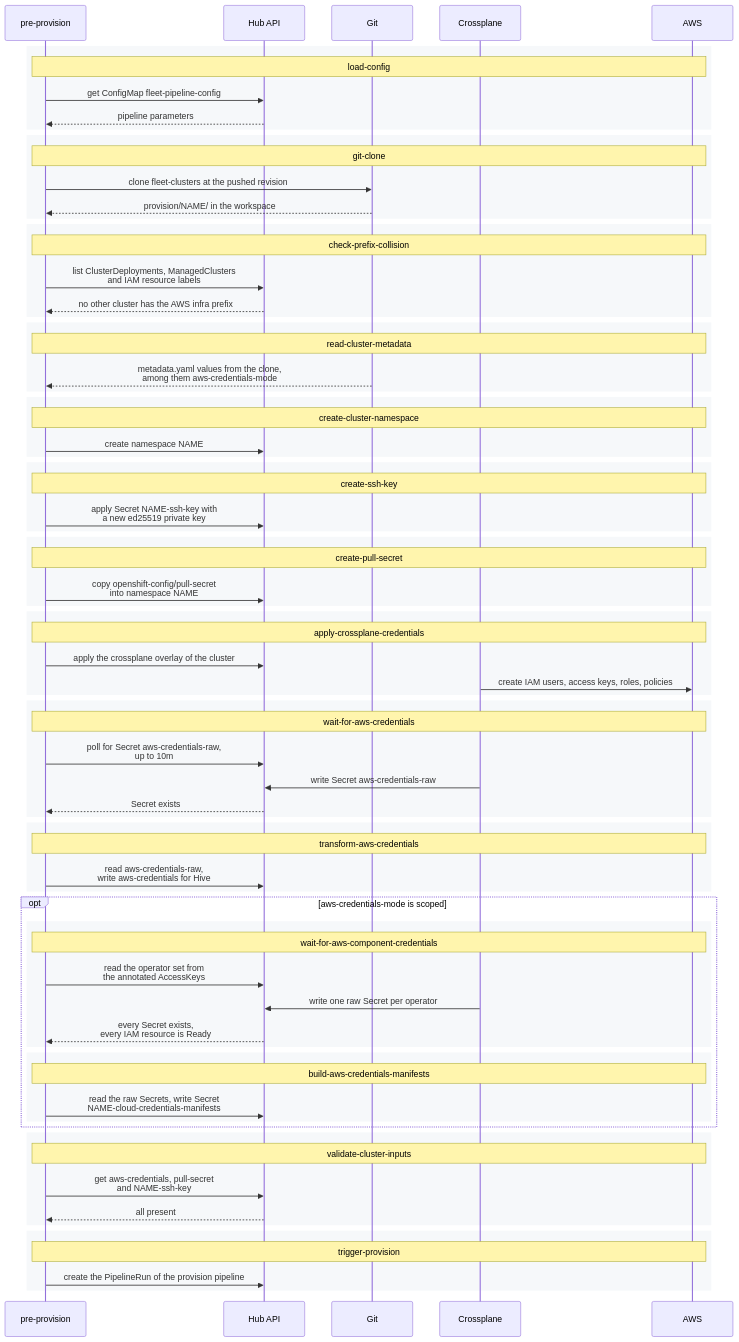
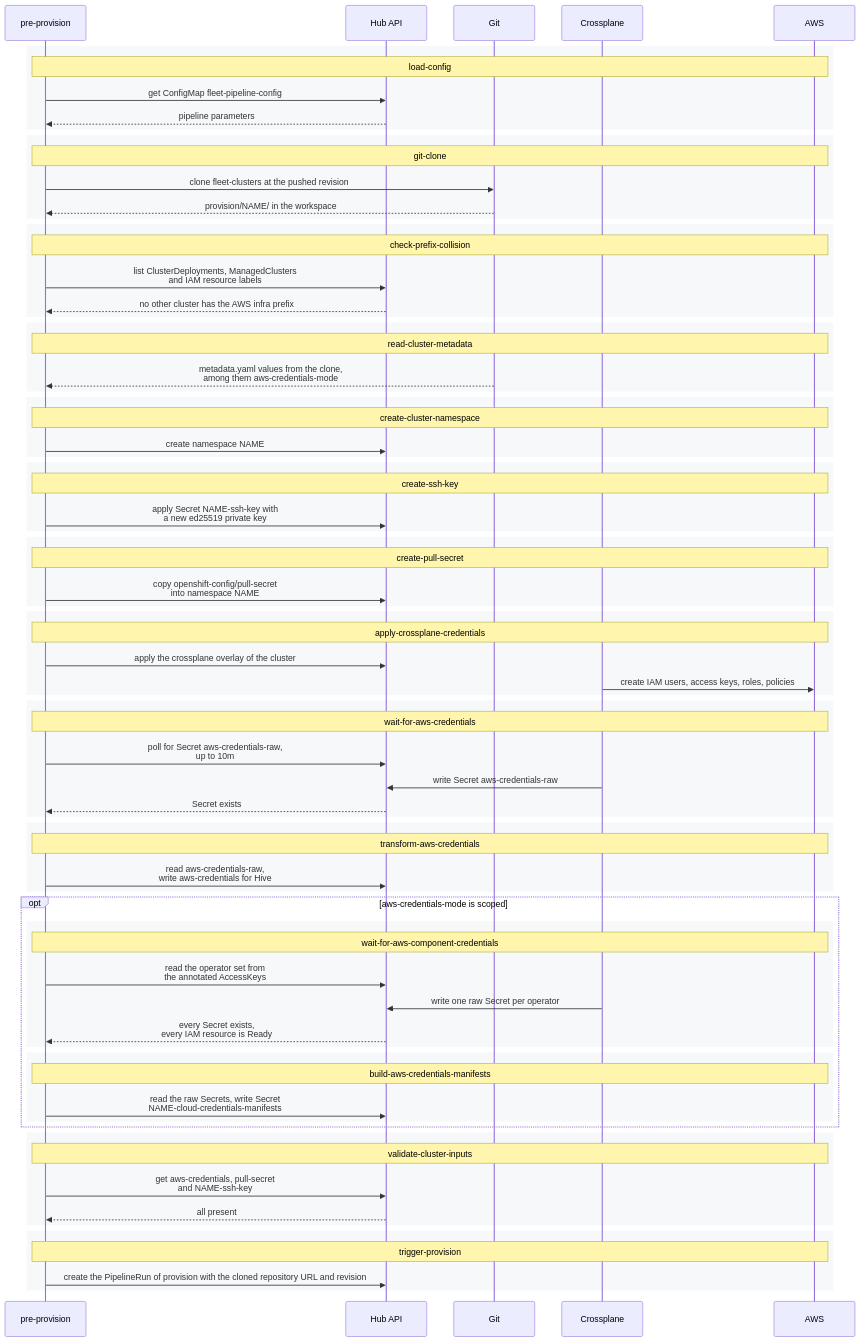
The diagram in docs/diagrams/pre-provision-sequence.mermaid (redhat-openshift-partner-labs/fleet), drawn with Mermaid before and after one commit. The commit also changed 17 other files, not shown here.

First line of the commit message:
fix(provision): clone the commit that pre-provision cloned

```diff
--- a/docs/diagrams/pre-provision-sequence.mermaid
+++ b/docs/diagrams/pre-provision-sequence.mermaid
@@ -1,91 +1,91 @@
 %% Trigger: a push to main of fleet-clusters that adds provision/NAME/, unless the commit message contains [skip-provision]
 %% Order: tasks are shown in an order the pipeline allows; the task flowchart shows which tasks run in parallel
 %% Credential mode: the two scoped tasks are skipped unless metadata.yaml sets aws-credentials-mode: scoped
 %% Failure: a failed task stops the run; trigger-provision does not run
 sequenceDiagram
     participant Pipe as pre-provision
     participant Hub as Hub API
     participant Git
     participant XP as Crossplane
     participant AWS
 
     rect rgb(246, 248, 250)
         Note over Pipe,AWS: load-config
         Pipe->>Hub: get ConfigMap fleet-pipeline-config
         Hub-->>Pipe: pipeline parameters
     end
 
     rect rgb(246, 248, 250)
         Note over Pipe,AWS: git-clone
         Pipe->>Git: clone fleet-clusters at the pushed revision
         Git-->>Pipe: provision/NAME/ in the workspace
     end
 
     rect rgb(246, 248, 250)
         Note over Pipe,AWS: check-prefix-collision
         Pipe->>Hub: list ClusterDeployments, ManagedClusters<br/>and IAM resource labels
         Hub-->>Pipe: no other cluster has the AWS infra prefix
     end
 
     rect rgb(246, 248, 250)
         Note over Pipe,AWS: read-cluster-metadata
         Git-->>Pipe: metadata.yaml values from the clone,<br/>among them aws-credentials-mode
     end
 
     rect rgb(246, 248, 250)
         Note over Pipe,AWS: create-cluster-namespace
         Pipe->>Hub: create namespace NAME
     end
 
     rect rgb(246, 248, 250)
         Note over Pipe,AWS: create-ssh-key
         Pipe->>Hub: apply Secret NAME-ssh-key with<br/>a new ed25519 private key
     end
 
     rect rgb(246, 248, 250)
         Note over Pipe,AWS: create-pull-secret
         Pipe->>Hub: copy openshift-config/pull-secret<br/>into namespace NAME
     end
 
     rect rgb(246, 248, 250)
         Note over Pipe,AWS: apply-crossplane-credentials
         Pipe->>Hub: apply the crossplane overlay of the cluster
         XP->>AWS: create IAM users, access keys, roles, policies
     end
 
     rect rgb(246, 248, 250)
         Note over Pipe,AWS: wait-for-aws-credentials
         Pipe->>Hub: poll for Secret aws-credentials-raw,<br/>up to 10m
         XP->>Hub: write Secret aws-credentials-raw
         Hub-->>Pipe: Secret exists
     end
 
     rect rgb(246, 248, 250)
         Note over Pipe,AWS: transform-aws-credentials
         Pipe->>Hub: read aws-credentials-raw,<br/>write aws-credentials for Hive
     end
 
     opt aws-credentials-mode is scoped
         rect rgb(246, 248, 250)
             Note over Pipe,AWS: wait-for-aws-component-credentials
             Pipe->>Hub: read the operator set from<br/>the annotated AccessKeys
             XP->>Hub: write one raw Secret per operator
             Hub-->>Pipe: every Secret exists,<br/>every IAM resource is Ready
         end
 
         rect rgb(246, 248, 250)
             Note over Pipe,AWS: build-aws-credentials-manifests
             Pipe->>Hub: read the raw Secrets, write Secret<br/>NAME-cloud-credentials-manifests
         end
     end
 
     rect rgb(246, 248, 250)
         Note over Pipe,AWS: validate-cluster-inputs
         Pipe->>Hub: get aws-credentials, pull-secret<br/>and NAME-ssh-key
         Hub-->>Pipe: all present
     end
 
     rect rgb(246, 248, 250)
         Note over Pipe,AWS: trigger-provision
-        Pipe->>Hub: create the PipelineRun of the provision pipeline
+        Pipe->>Hub: create the PipelineRun of provision with the cloned repository URL and revision
     end
```
